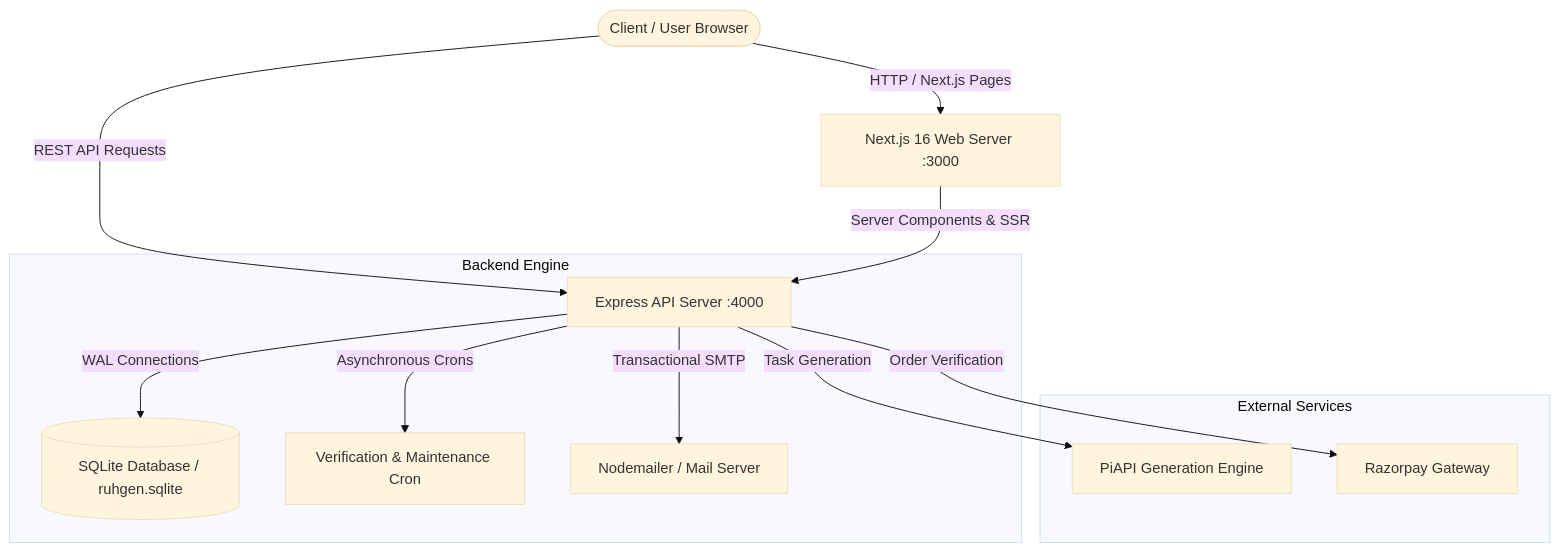
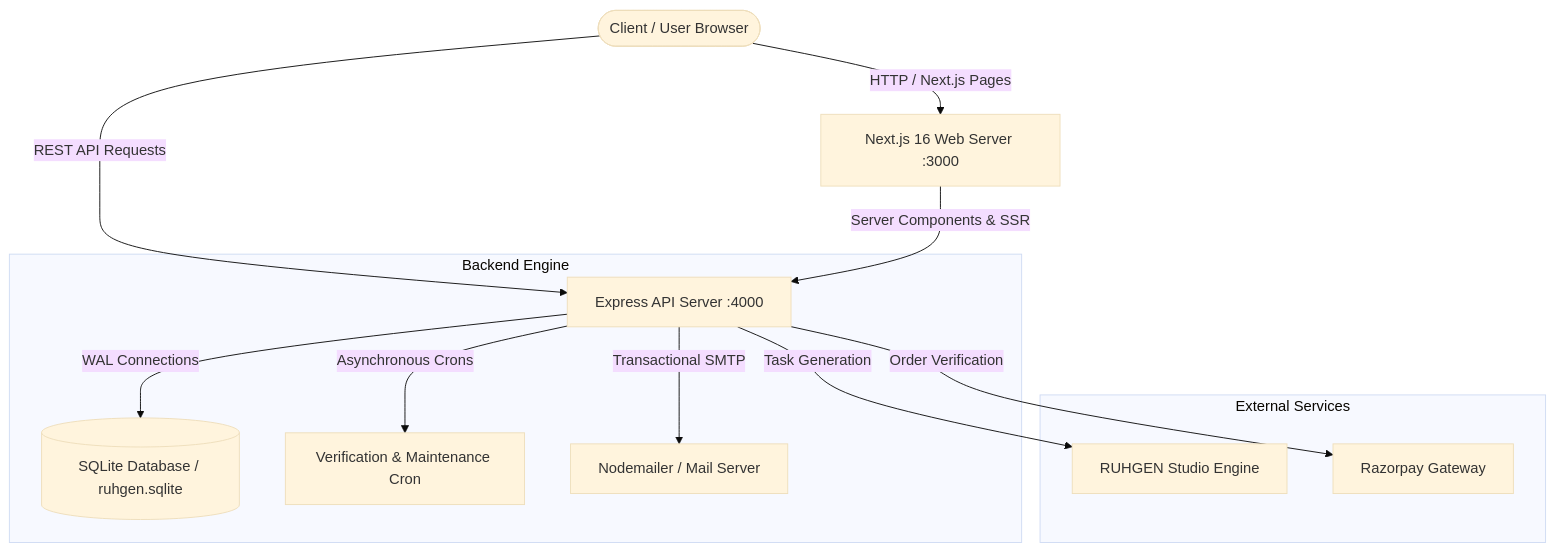
Before and after one commit to asghermehboob2f-works/RUHGEN: the diagram in README.md, drawn with Mermaid (base theme). The commit also changed other lines of this file and 18 other files, not shown here.

````diff
--- a/README.md
+++ b/README.md
@@ -122,18 +122,18 @@
 ```mermaid
 graph TD
     User([Client / User Browser]) -->|HTTP / Next.js Pages| Frontend[Next.js 16 Web Server :3000]
     User -->|REST API Requests| Backend[Express API Server :4000]
     
     Frontend -->|Server Components & SSR| Backend
     
     subgraph Backend Engine
         Backend -->|WAL Connections| DB[(SQLite Database / ruhgen.sqlite)]
         Backend -->|Asynchronous Crons| Cron[Verification & Maintenance Cron]
         Backend -->|Transactional SMTP| Mail[Nodemailer / Mail Server]
     end
     
     subgraph External Services
-        Backend -->|Task Generation| GenerationAPI[PiAPI Generation Engine]
+        Backend -->|Task Generation| GenerationAPI[RUHGEN Studio Engine]
         Backend -->|Order Verification| Razorpay[Razorpay Gateway]
     end
 ```
````
